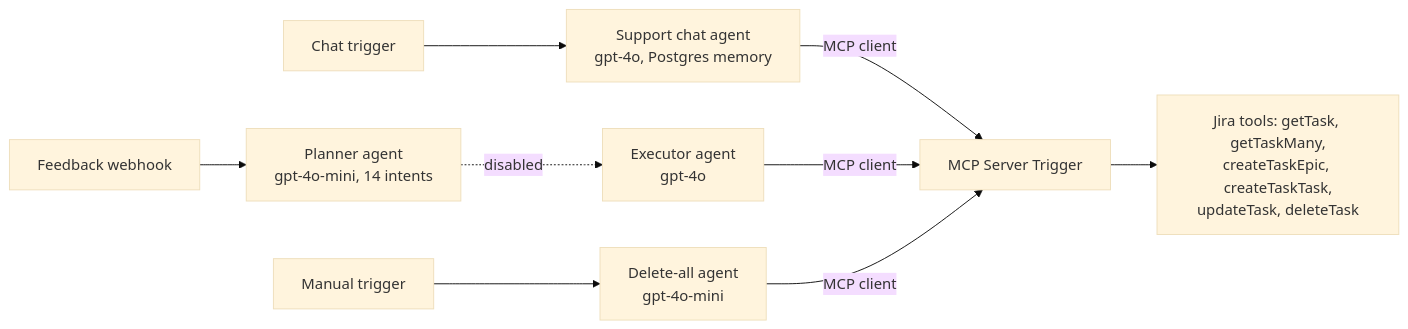
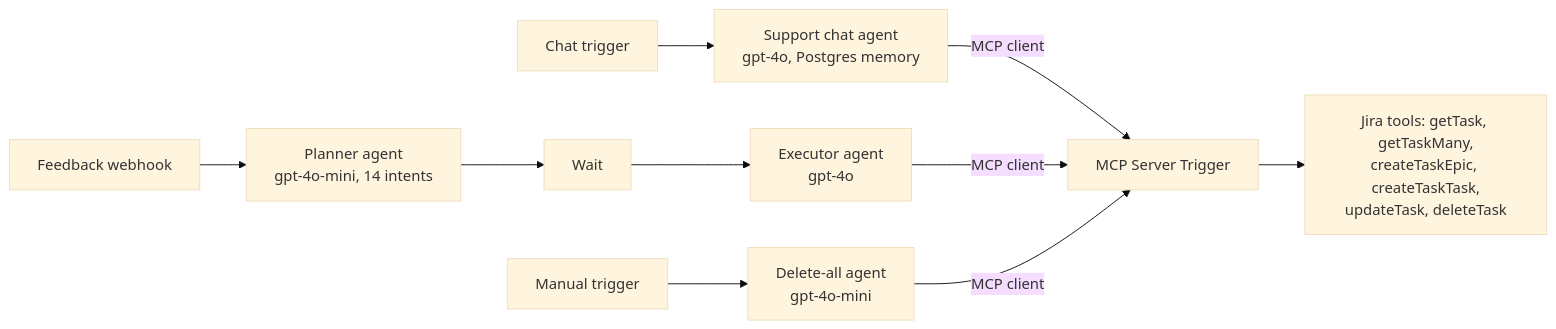
The diagram in README.md (matei02/n8n-ai-support-agents), drawn with Mermaid (base theme) before and after one commit. The commit also changed other lines of this file and 6 other files, not shown here.

Commit message:
Update workflow export (Edit Fields loop removed, executor and wait enabled), new screenshots and GIF, README review fixes

````diff
--- a/README.md
+++ b/README.md
@@ -35,11 +35,11 @@
 ```mermaid
 flowchart LR
     chat[Chat trigger] --> chatAgent[Support chat agent<br/>gpt-4o, Postgres memory]
     hook[Feedback webhook] --> planner[Planner agent<br/>gpt-4o-mini, 14 intents]
-    planner -.disabled.-> executor[Executor agent<br/>gpt-4o]
+    planner --> wait[Wait] --> executor[Executor agent<br/>gpt-4o]
     manual[Manual trigger] --> deleteAll[Delete-all agent<br/>gpt-4o-mini]
     chatAgent -->|MCP client| mcp[MCP Server Trigger]
     executor -->|MCP client| mcp
     deleteAll -->|MCP client| mcp
     mcp --> tools[Jira tools: getTask, getTaskMany,<br/>createTaskEpic, createTaskTask,<br/>updateTask, deleteTask]
 ```
````
